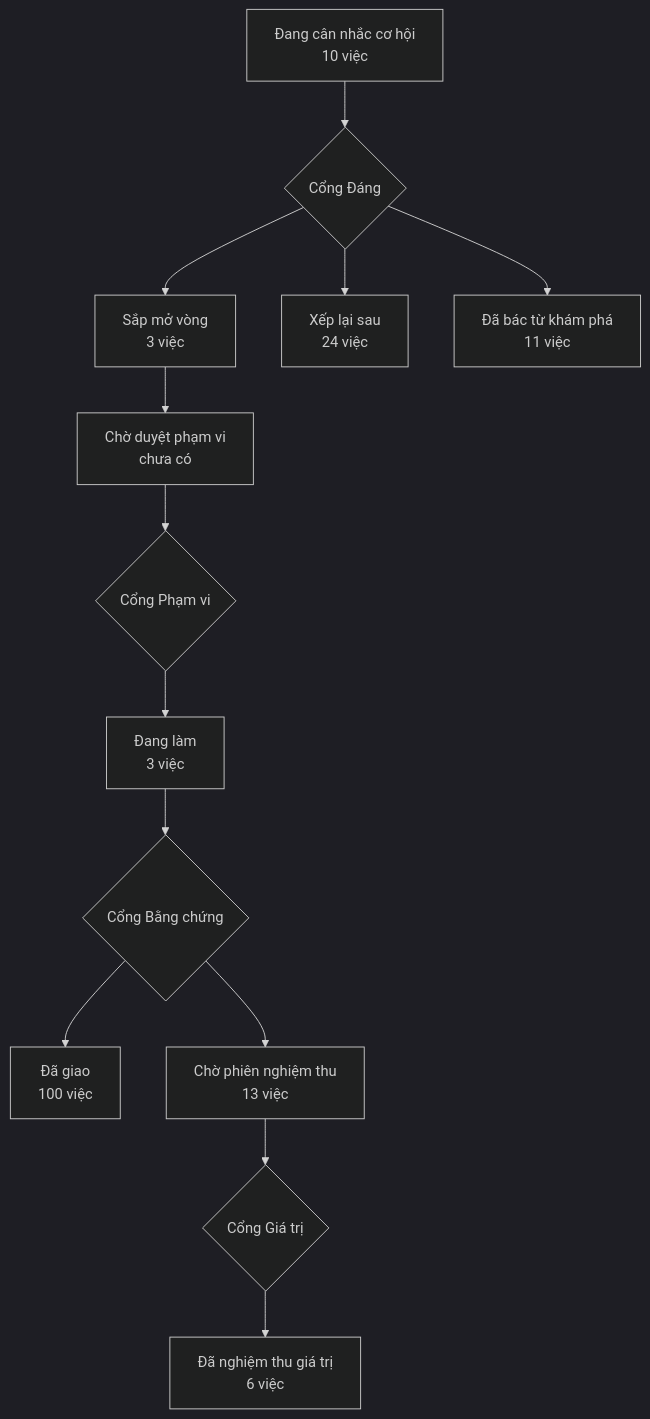
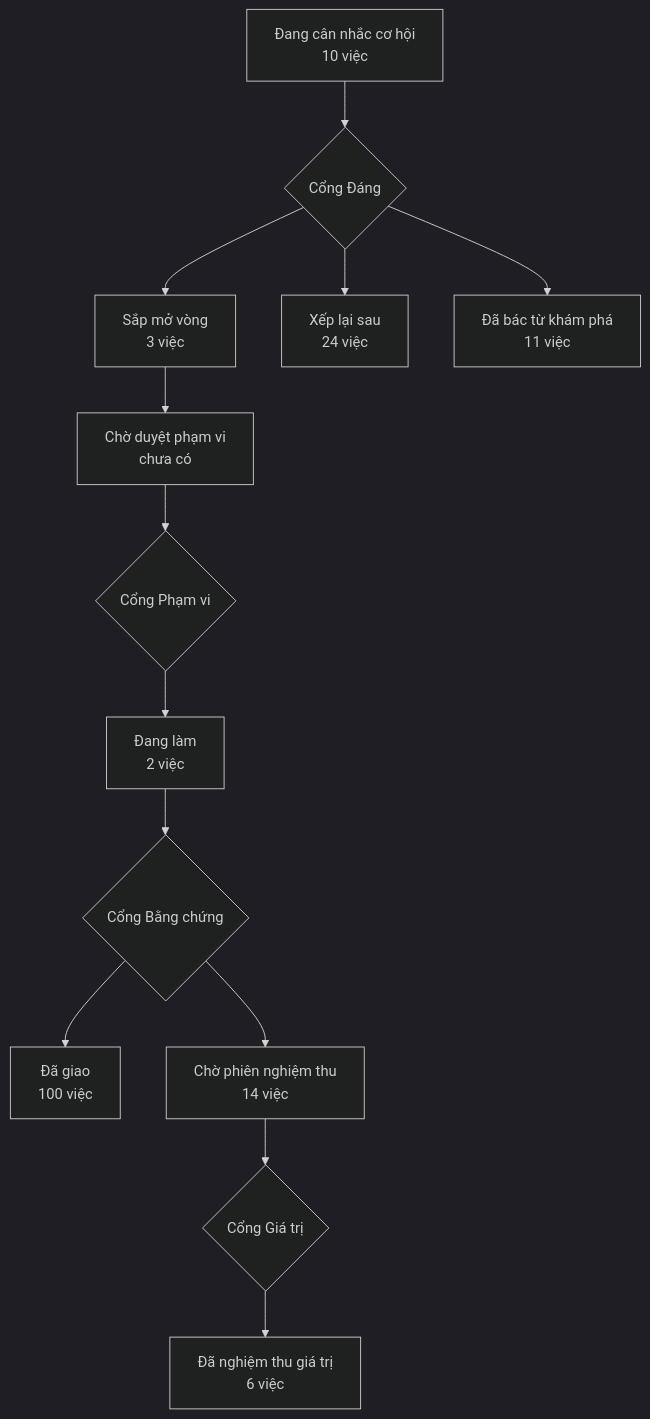
One commit to phanlemanh/acceptance-gate-kit changed the diagram in PRODUCT-MAP.md. Above: the diagram before and after it, drawn with Mermaid (dark theme). The commit also changed 4 other files, not shown here.

````diff
--- a/PRODUCT-MAP.md
+++ b/PRODUCT-MAP.md
@@ -7,12 +7,12 @@
 ```mermaid
 flowchart TD
   A["Đang cân nhắc cơ hội<br/>10 việc"] --> GD{"Cổng Đáng"}
   GD --> B["Sắp mở vòng<br/>3 việc"]
   GD --> XL["Xếp lại sau<br/>24 việc"]
   GD --> DB["Đã bác từ khám phá<br/>11 việc"]
   B --> CD["Chờ duyệt phạm vi<br/>chưa có"] --> GP{"Cổng Phạm vi"}
-  GP --> DL["Đang làm<br/>3 việc"] --> GB{"Cổng Bằng chứng"}
+  GP --> DL["Đang làm<br/>2 việc"] --> GB{"Cổng Bằng chứng"}
   GB --> DG["Đã giao<br/>100 việc"]
-  GB --> CN["Chờ phiên nghiệm thu<br/>13 việc"] --> GG{"Cổng Giá trị"}
+  GB --> CN["Chờ phiên nghiệm thu<br/>14 việc"] --> GG{"Cổng Giá trị"}
   GG --> NT["Đã nghiệm thu giá trị<br/>6 việc"]
 ```
````
